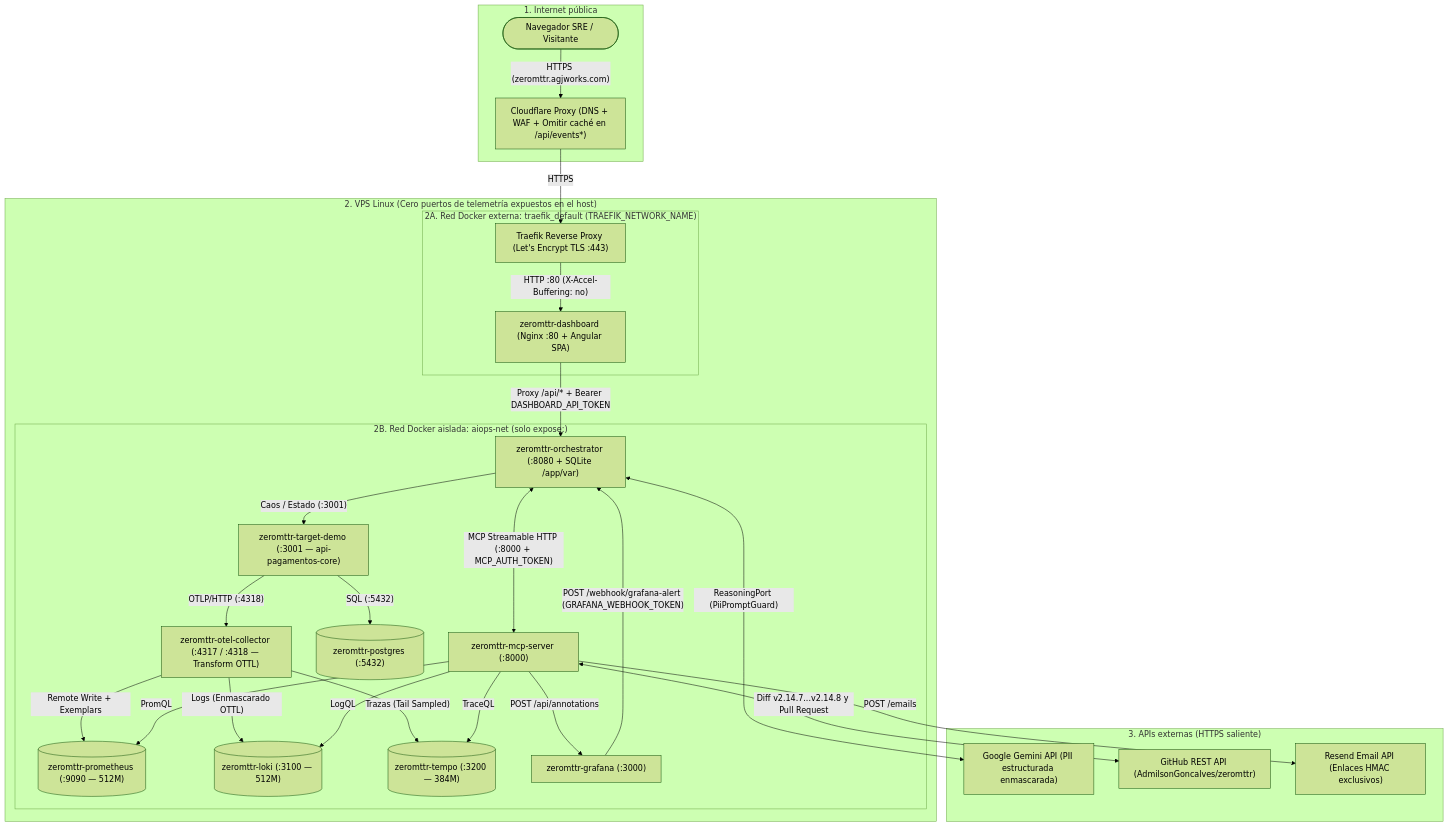
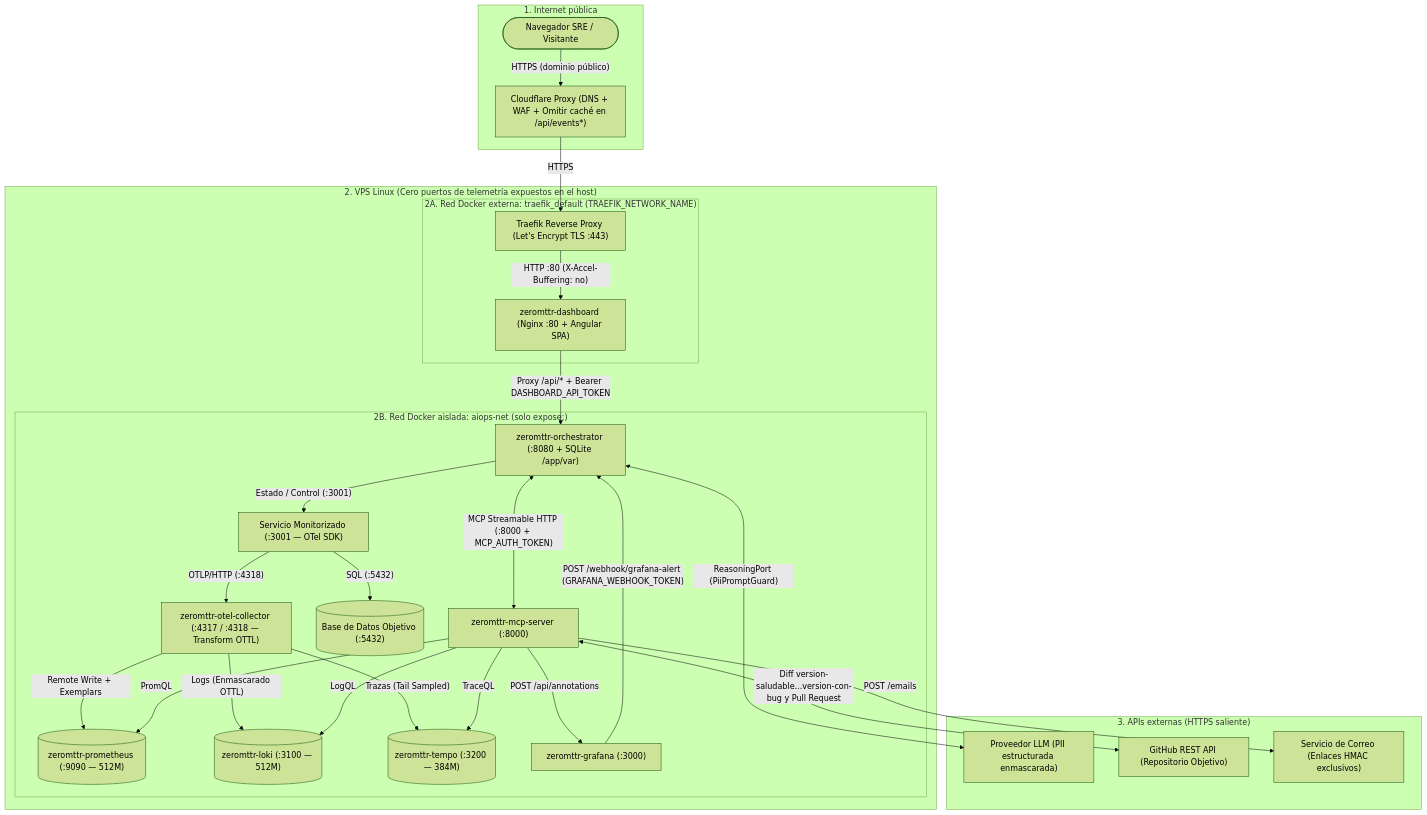
One commit to AdmilsonGoncalves/zeromttr changed the sixth of 6 diagrams in docs/es-ES/01_system_diagrams.md. Above: the diagram before and after it, drawn with Mermaid (forest theme). The commit also changed other lines of this file and 75 other files, not shown here.

````diff
--- a/docs/es-ES/01_system_diagrams.md
+++ b/docs/es-ES/01_system_diagrams.md
@@ -481,56 +481,56 @@
 ```mermaid
 flowchart TD
     subgraph Internet["1. Internet pública"]
         USER(["Navegador SRE / Visitante"])
         CF["Cloudflare Proxy (DNS + WAF + Omitir caché en /api/events*)"]
     end
 
     subgraph VPS["2. VPS Linux (Cero puertos de telemetría expuestos en el host)"]
         subgraph External_Network["2A. Red Docker externa: traefik_default (TRAEFIK_NETWORK_NAME)"]
             TRAEFIK["Traefik Reverse Proxy (Let's Encrypt TLS :443)"]
             DASH["zeromttr-dashboard (Nginx :80 + Angular SPA)"]
         end
 
         subgraph Internal_Network["2B. Red Docker aislada: aiops-net (solo expose:)"]
             ORCH["zeromttr-orchestrator (:8080 + SQLite /app/var)"]
             MCP["zeromttr-mcp-server (:8000)"]
-            DEMO["zeromttr-target-demo (:3001 — api-pagamentos-core)"]
-            PG[("zeromttr-postgres (:5432)")]
+            DEMO["Servicio Monitorizado (:3001 — OTel SDK)"]
+            PG[("Base de Datos Objetivo (:5432)")]
             OTEL["zeromttr-otel-collector (:4317 / :4318 — Transform OTTL)"]
             PROM[("zeromttr-prometheus (:9090 — 512M)")]
             LOKI[("zeromttr-loki (:3100 — 512M)")]
             TEMPO[("zeromttr-tempo (:3200 — 384M)")]
             GRAF["zeromttr-grafana (:3000)"]
         end
     end
 
     subgraph Cloud_APIs["3. APIs externas (HTTPS saliente)"]
-        GEMINI["Google Gemini API (PII estructurada enmascarada)"]
-        GITHUB["GitHub REST API (AdmilsonGoncalves/zeromttr)"]
-        RESEND["Resend Email API (Enlaces HMAC exclusivos)"]
+        GEMINI["Proveedor LLM (PII estructurada enmascarada)"]
+        GITHUB["GitHub REST API (Repositorio Objetivo)"]
+        RESEND["Servicio de Correo (Enlaces HMAC exclusivos)"]
     end
 
-    USER -->|"HTTPS (zeromttr.agjworks.com)"| CF
+    USER -->|"HTTPS (dominio público)"| CF
     CF -->|"HTTPS"| TRAEFIK
     TRAEFIK -->|"HTTP :80 (X-Accel-Buffering: no)"| DASH
     DASH -->|"Proxy /api/* + Bearer DASHBOARD_API_TOKEN"| ORCH
 
     ORCH <-->|"MCP Streamable HTTP (:8000 + MCP_AUTH_TOKEN)"| MCP
-    ORCH -->|"Caos / Estado (:3001)"| DEMO
+    ORCH -->|"Estado / Control (:3001)"| DEMO
     ORCH <-->|"ReasoningPort (PiiPromptGuard)"| GEMINI
     GRAF -->|"POST /webhook/grafana-alert (GRAFANA_WEBHOOK_TOKEN)"| ORCH
 
     DEMO -->|"SQL (:5432)"| PG
     DEMO -->|"OTLP/HTTP (:4318)"| OTEL
 
     OTEL -->|"Remote Write + Exemplars"| PROM
     OTEL -->|"Logs (Enmascarado OTTL)"| LOKI
     OTEL -->|"Trazas (Tail Sampled)"| TEMPO
 
     MCP -->|"PromQL"| PROM
     MCP -->|"LogQL"| LOKI
     MCP -->|"TraceQL"| TEMPO
     MCP -->|"POST /api/annotations"| GRAF
-    MCP <-->|"Diff v2.14.7...v2.14.8 y Pull Request"| GITHUB
+    MCP <-->|"Diff version-saludable...version-con-bug y Pull Request"| GITHUB
     MCP -->|"POST /emails"| RESEND
 ```
````
